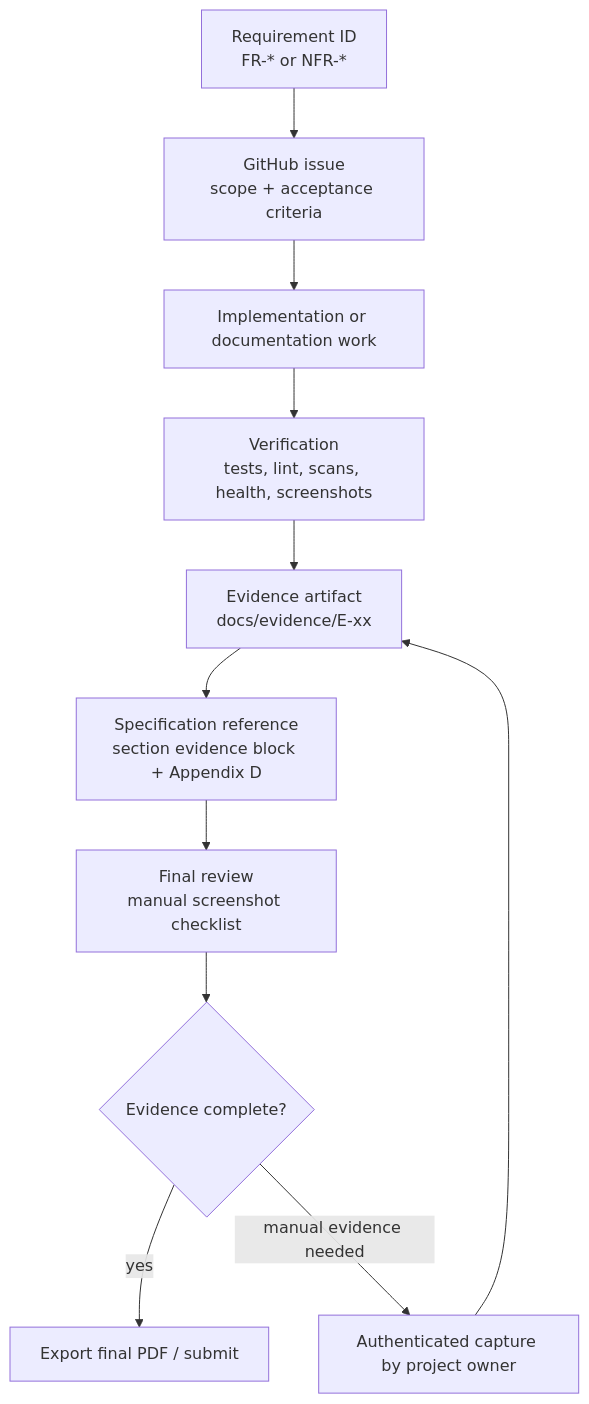
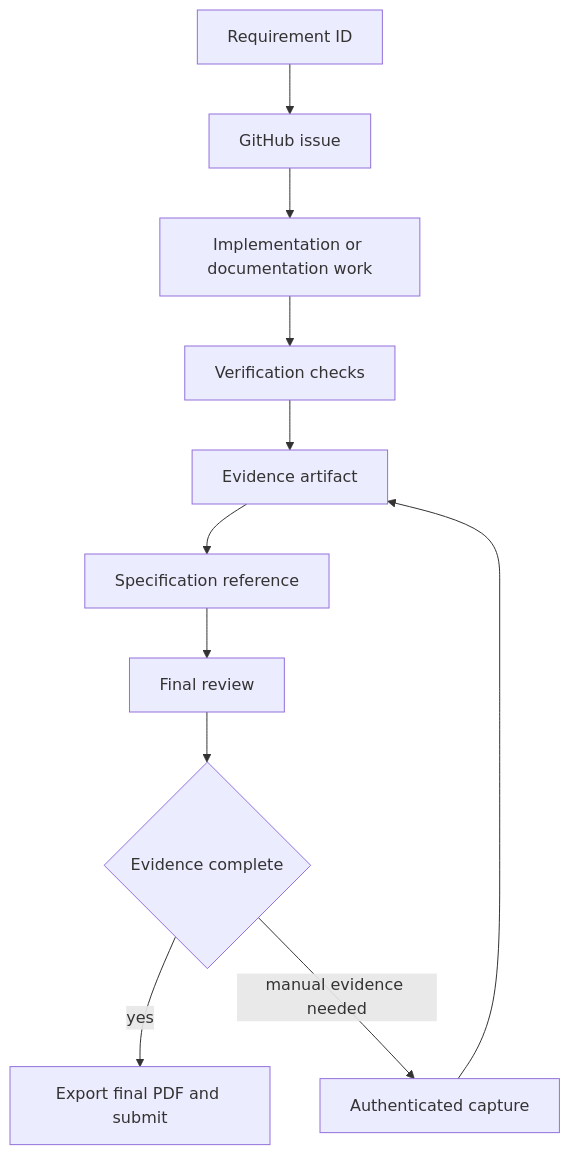
Before and after one commit to DanielAndi/fluentedge: the sixth of 6 diagrams in FluentEdge_Sprint2_Design_and_Requirements_Specification.md, drawn with Mermaid. The commit also changed other lines of this file and 2 other files, not shown here.

First line of the commit message:
docs(spec): simplify Mermaid diagrams for reliable PDF export

````diff
--- a/FluentEdge_Sprint2_Design_and_Requirements_Specification.md
+++ b/FluentEdge_Sprint2_Design_and_Requirements_Specification.md
@@ -1086,13 +1055,13 @@
 ```mermaid
-flowchart TB
-    REQ["Requirement ID<br/>FR-* or NFR-*"] --> ISSUE["GitHub issue<br/>scope + acceptance criteria"]
-    ISSUE --> WORK["Implementation or documentation work"]
-    WORK --> TEST["Verification<br/>tests, lint, scans, health, screenshots"]
-    TEST --> EVID["Evidence artifact<br/>docs/evidence/E-xx"]
-    EVID --> SPEC["Specification reference<br/>section evidence block + Appendix D"]
-    SPEC --> REVIEW["Final review<br/>manual screenshot checklist"]
-    REVIEW --> DECISION{"Evidence complete?"}
-    DECISION -->|"yes"| SUBMIT["Export final PDF / submit"]
-    DECISION -->|"manual evidence needed"| MANUAL["Authenticated capture by project owner"]
+graph TB
+    REQ[Requirement ID] --> ISSUE[GitHub issue]
+    ISSUE --> WORK[Implementation or documentation work]
+    WORK --> TEST[Verification checks]
+    TEST --> EVID[Evidence artifact]
+    EVID --> SPEC[Specification reference]
+    SPEC --> REVIEW[Final review]
+    REVIEW --> DECISION{Evidence complete}
+    DECISION -- yes --> SUBMIT[Export final PDF and submit]
+    DECISION -- manual evidence needed --> MANUAL[Authenticated capture]
     MANUAL --> EVID
 ```
````
